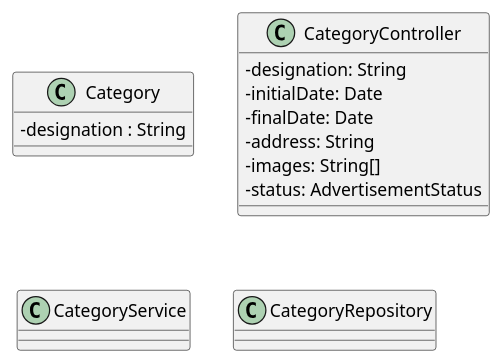
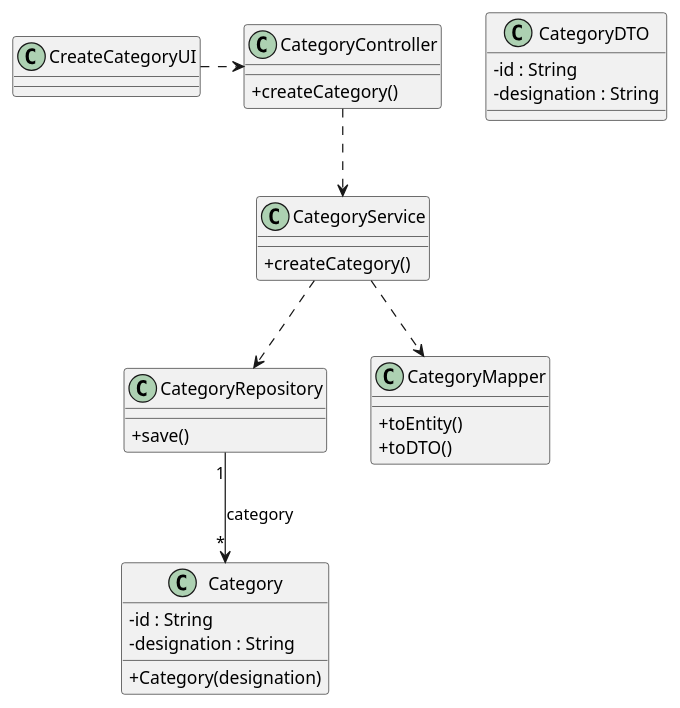
Before and after one commit to vivianeaalmeida/ComeAndGet: the diagram in Docs/US03/03-design/US03-CD.puml, drawn with PlantUML. The commit also changed other lines of this file and 2 other files, not shown here.

```diff
--- a/Docs/US03/03-design/US03-CD.puml
+++ b/Docs/US03/03-design/US03-CD.puml
@@ -1,28 +4,45 @@
 @startuml
 skinparam packageStyle rectangle
 skinparam shadowing false
 skinparam linetype polyline
 skinparam classAttributeIconSize 0
 
+class CreateCategoryUI {
+}
+
 class Category {
+    - id : String
+    - designation : String
+    + Category(designation)
+}
+
+class CategoryDTO {
+    - id : String
     - designation : String
 }
 
 class CategoryController {
-    - designation: String
-    - initialDate: Date
-    - finalDate: Date
-    - address: String
-    - images: String[]
-    - status: AdvertisementStatus
+    + createCategory()
 }
 
 class CategoryService {
+    + createCategory()
 }
 
 class CategoryRepository {
+    + save()
+}
 
+class CategoryMapper {
+    + toEntity()
+    + toDTO()
 }
+
+CreateCategoryUI .> CategoryController
+CategoryController ..> CategoryService
+CategoryService ..> CategoryRepository
+CategoryService ..> CategoryMapper
+CategoryRepository "1" --> "*" Category : category
 
 
 @enduml
```
